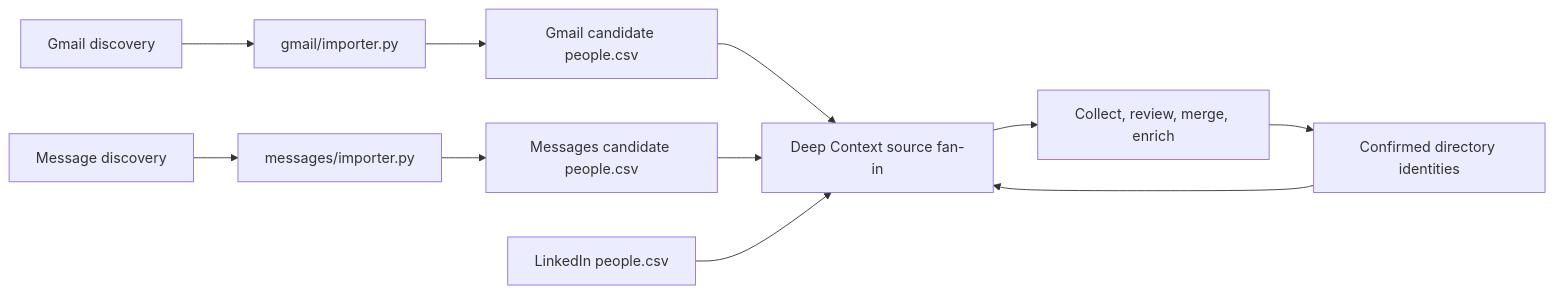
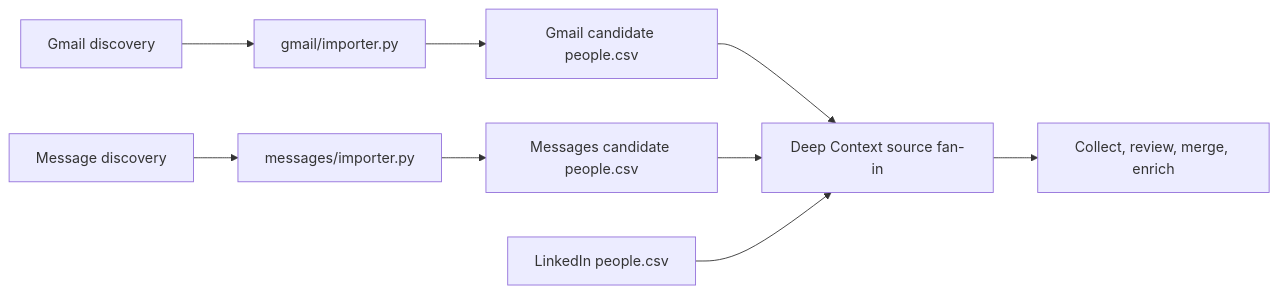
One commit to powerset-co/powerpacks changed the diagram in packs/ingestion/primitives/imports/README.md. Above: the diagram before and after it, drawn with Mermaid. The commit also changed other lines of this file and 127 other files, not shown here.

````diff
--- a/packs/ingestion/primitives/imports/README.md
+++ b/packs/ingestion/primitives/imports/README.md
@@ -11,13 +11,11 @@
 ```mermaid
 flowchart LR
     GD[Gmail discovery] --> GI[gmail/importer.py]
     MD[Message discovery] --> MI[messages/importer.py]
     GI --> GP[Gmail candidate people.csv]
     MI --> MP[Messages candidate people.csv]
     GP --> F[Deep Context source fan-in]
     MP --> F
     LI[LinkedIn people.csv] --> F
-    D[Confirmed directory identities] --> F
     F --> DC[Collect, review, merge, enrich]
-    DC --> D
 ```
````
